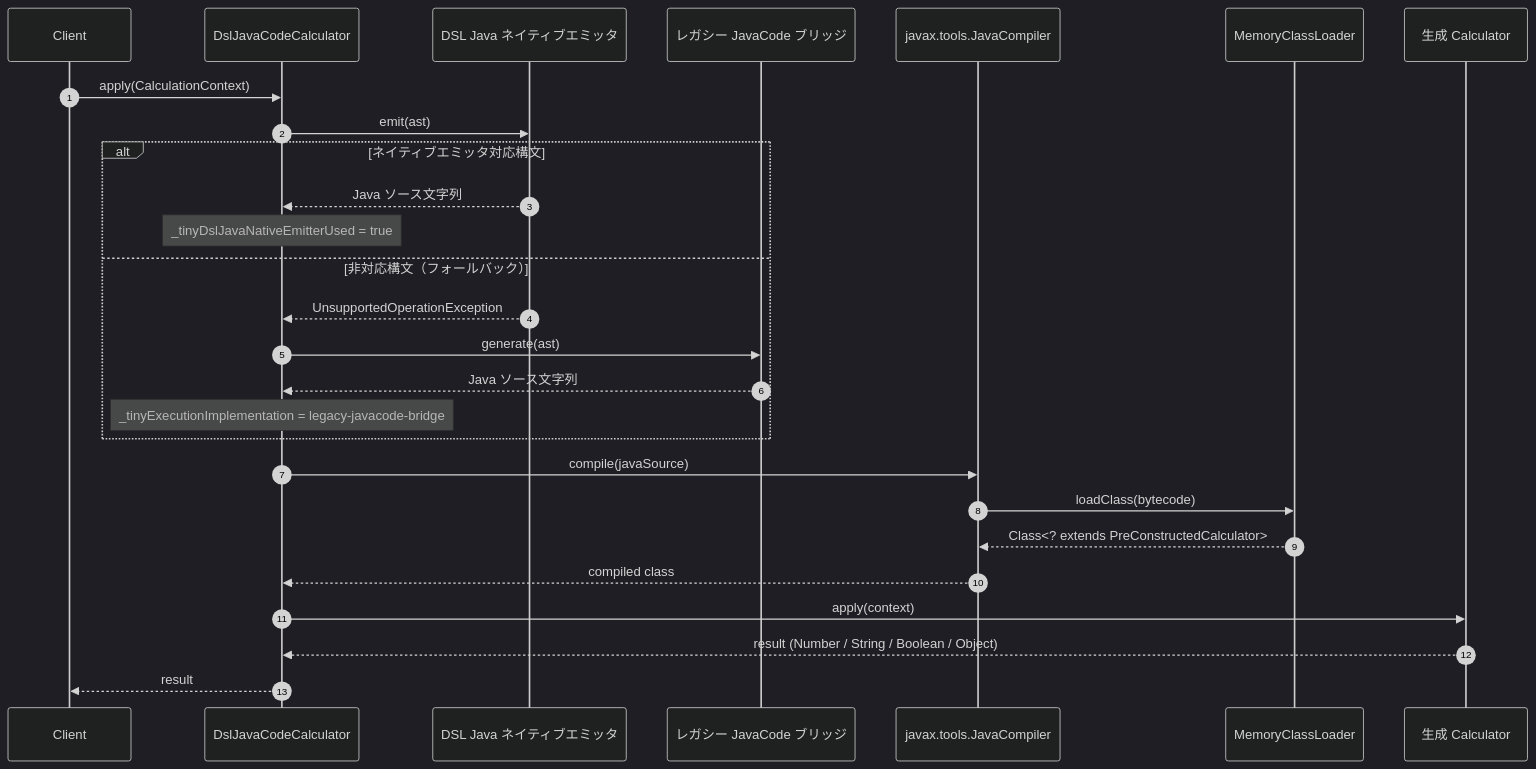
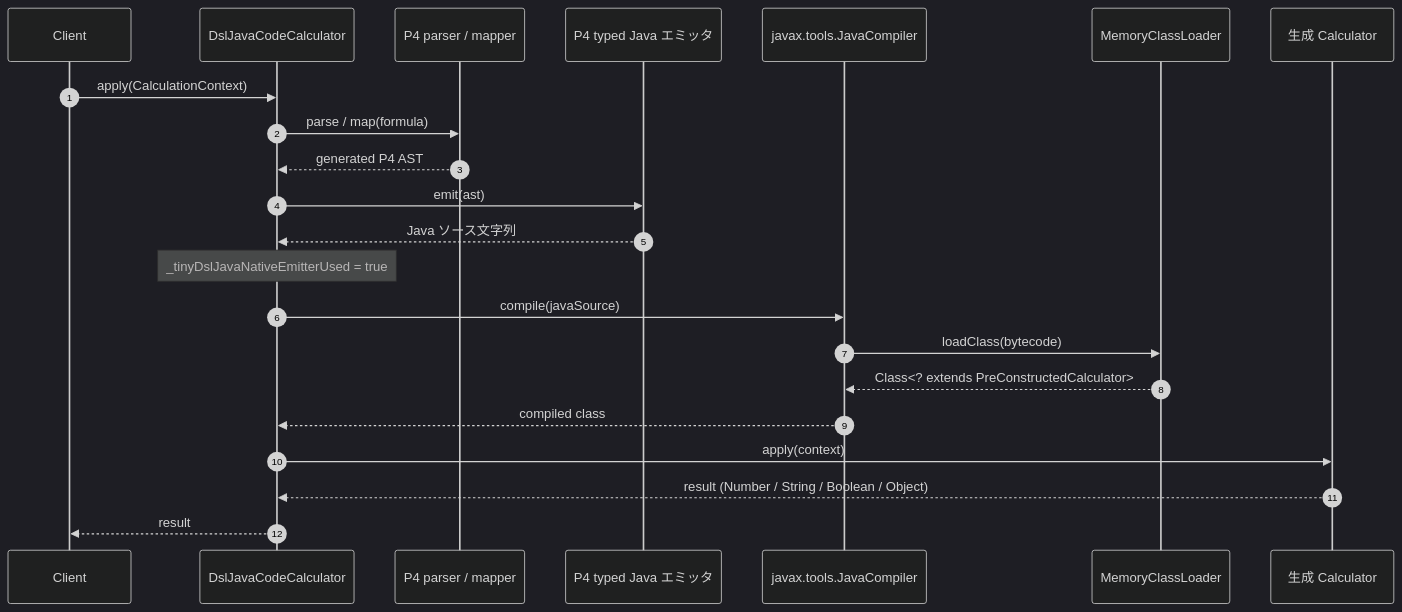
One commit to opaopa6969/tinyexpression changed the fourth of 10 diagrams in spec/SPEC.md. Above: the diagram before and after it, drawn with Mermaid (dark theme). The commit also changed other lines of this file and 21 other files, not shown here.

Commit message:
refactor: consume generated P4 AST directly

````diff
--- a/spec/SPEC.md
+++ b/spec/SPEC.md
@@ -752,32 +750,26 @@
 ```mermaid
 sequenceDiagram
     autonumber
     participant Client
     participant DslCalc as DslJavaCodeCalculator
-    participant NativeEmitter as DSL Java ネイティブエミッタ
-    participant LegacyBridge as レガシー JavaCode ブリッジ
+    participant Mapper as P4 parser / mapper
+    participant NativeEmitter as P4 typed Java エミッタ
     participant Compiler as javax.tools.JavaCompiler
     participant MemCL as MemoryClassLoader
     participant Calc as 生成 Calculator
 
     Client->>DslCalc: apply(CalculationContext)
+    DslCalc->>Mapper: parse / map(formula)
+    Mapper-->>DslCalc: generated P4 AST
     DslCalc->>NativeEmitter: emit(ast)
-
-    alt ネイティブエミッタ対応構文
-        NativeEmitter-->>DslCalc: Java ソース文字列
-        Note over DslCalc: _tinyDslJavaNativeEmitterUsed = true
-    else 非対応構文（フォールバック）
-        NativeEmitter-->>DslCalc: UnsupportedOperationException
-        DslCalc->>LegacyBridge: generate(ast)
-        LegacyBridge-->>DslCalc: Java ソース文字列
-        Note over DslCalc: _tinyExecutionImplementation = legacy-javacode-bridge
-    end
+    NativeEmitter-->>DslCalc: Java ソース文字列
+    Note over DslCalc: _tinyDslJavaNativeEmitterUsed = true
 
     DslCalc->>Compiler: compile(javaSource)
     Compiler->>MemCL: loadClass(bytecode)
     MemCL-->>Compiler: Class<? extends PreConstructedCalculator>
     Compiler-->>DslCalc: compiled class
     DslCalc->>Calc: apply(context)
     Calc-->>DslCalc: result (Number / String / Boolean / Object)
     DslCalc-->>Client: result
 ```
````
